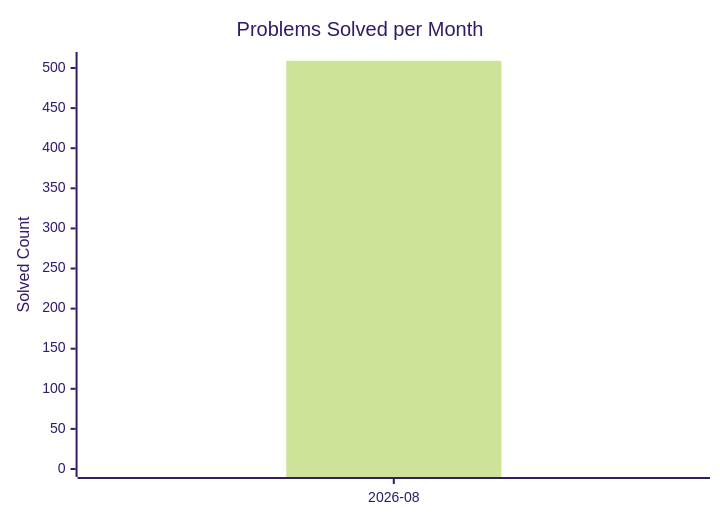
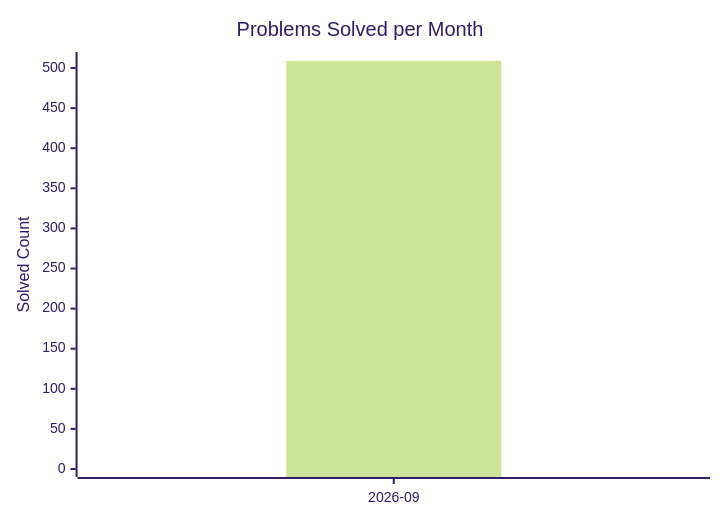
One commit to AdityaPandey-DEV/CP-Progress-Sync changed the diagram in dashboard.md. Above: the diagram before and after it, drawn with Mermaid (forest theme). The commit also changed other lines of this file, not shown here.

````diff
--- a/dashboard.md
+++ b/dashboard.md
@@ -8,8 +8,8 @@
 ```mermaid
 xychart-beta
     title "Problems Solved per Month"
-    x-axis ["2026-08"]
+    x-axis ["2026-09"]
     y-axis "Solved Count" 0 --> 510
     bar [509]
     line [509]
 ```
````
